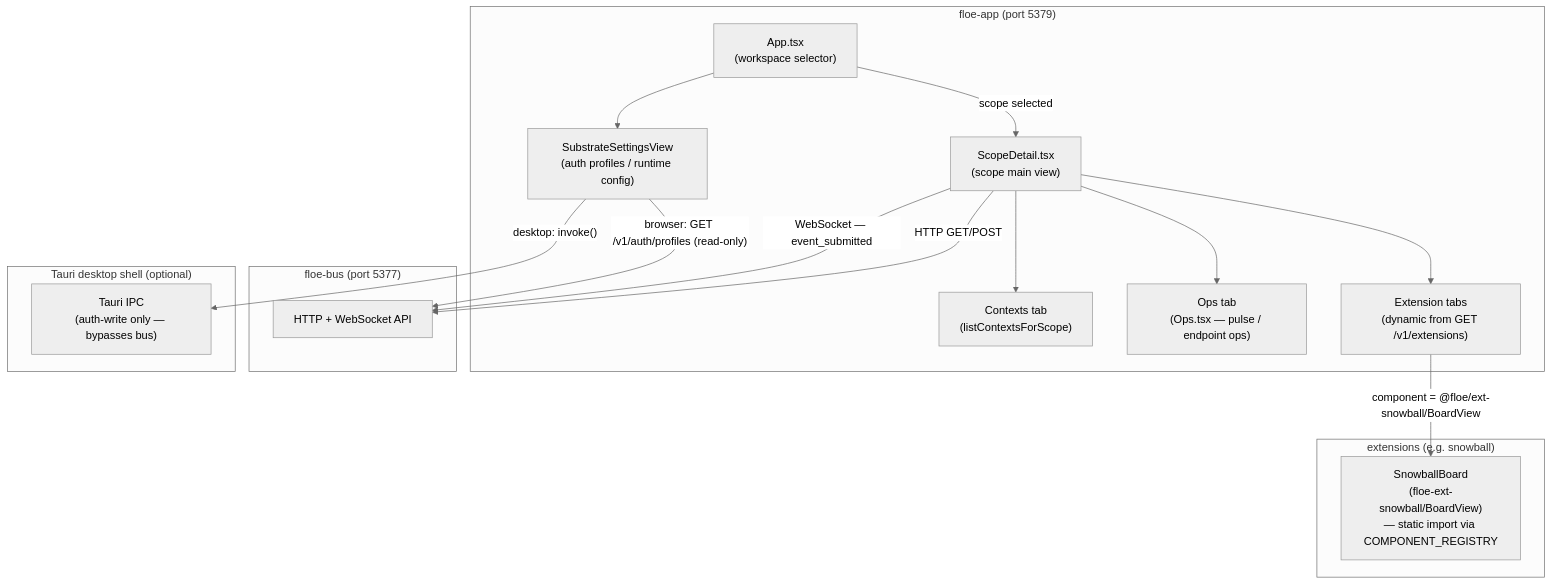
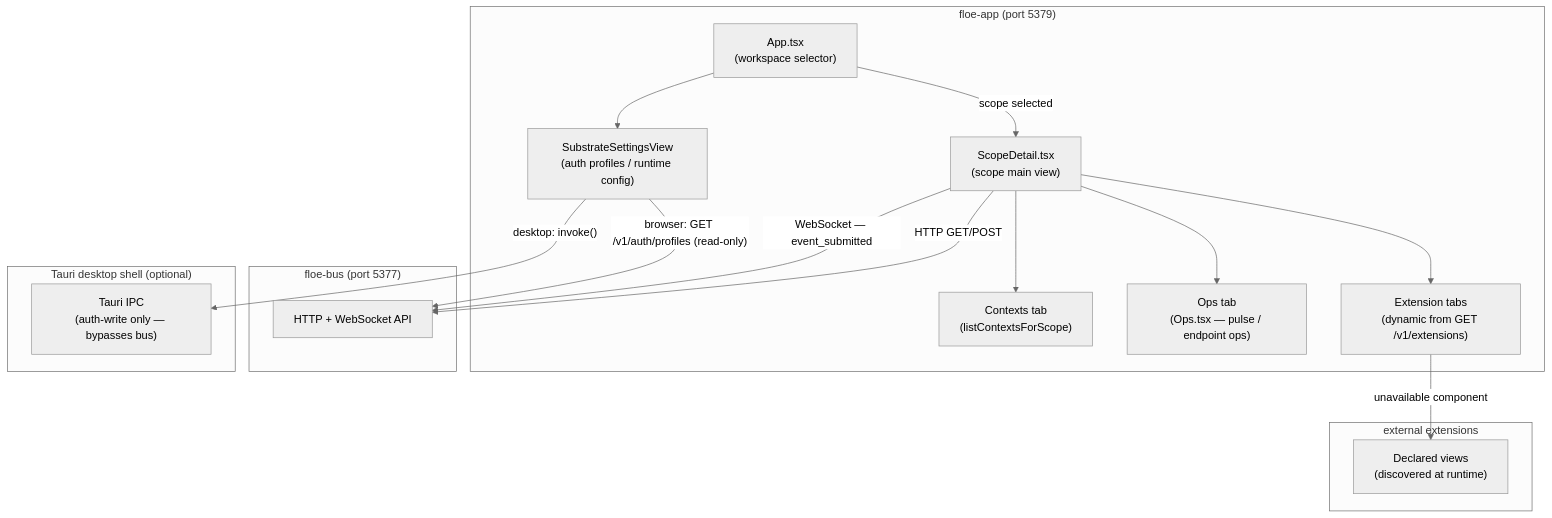
One commit to floe-ai/floe-subtrate changed the seventh of 8 diagrams in docs/architecture/overview.md. Above: the diagram before and after it, drawn with Mermaid (neutral theme). The commit also changed other lines of this file and 2 other files, not shown here.

````diff
--- a/docs/architecture/overview.md
+++ b/docs/architecture/overview.md
@@ -269,35 +269,35 @@
 ```mermaid
 graph TD
     subgraph APP["floe-app (port 5379)"]
         APPX["App.tsx\n(workspace selector)"]
         SD["ScopeDetail.tsx\n(scope main view)"]
         CTX_LIST["Contexts tab\n(listContextsForScope)"]
         OPS["Ops tab\n(Ops.tsx — pulse / endpoint ops)"]
         EXT_TABS["Extension tabs\n(dynamic from GET /v1/extensions)"]
         SS["SubstrateSettingsView\n(auth profiles / runtime config)"]
     end
 
-    subgraph EXT["extensions (e.g. snowball)"]
-        SB["SnowballBoard\n(floe-ext-snowball/BoardView)\n— static import via COMPONENT_REGISTRY"]
+    subgraph EXT["external extensions"]
+        EV["Declared views\n(discovered at runtime)"]
     end
 
     subgraph BUS["floe-bus (port 5377)"]
         BAPI["HTTP + WebSocket API"]
     end
 
     subgraph DESKTOP["Tauri desktop shell (optional)"]
         TAURI["Tauri IPC\n(auth-write only — bypasses bus)"]
     end
 
     APPX -->|"scope selected"| SD
     SD --> CTX_LIST
     SD --> OPS
     SD --> EXT_TABS
-    EXT_TABS -->|"component = @floe/ext-snowball/BoardView"| SB
+    EXT_TABS -->|"unavailable component"| EV
     APPX --> SS
     SS -->|"browser: GET /v1/auth/profiles (read-only)"| BAPI
     SS -->|"desktop: invoke()"| TAURI
 
     SD -->|"WebSocket — event_submitted"| BAPI
     SD -->|"HTTP GET/POST"| BAPI
 ```
````
